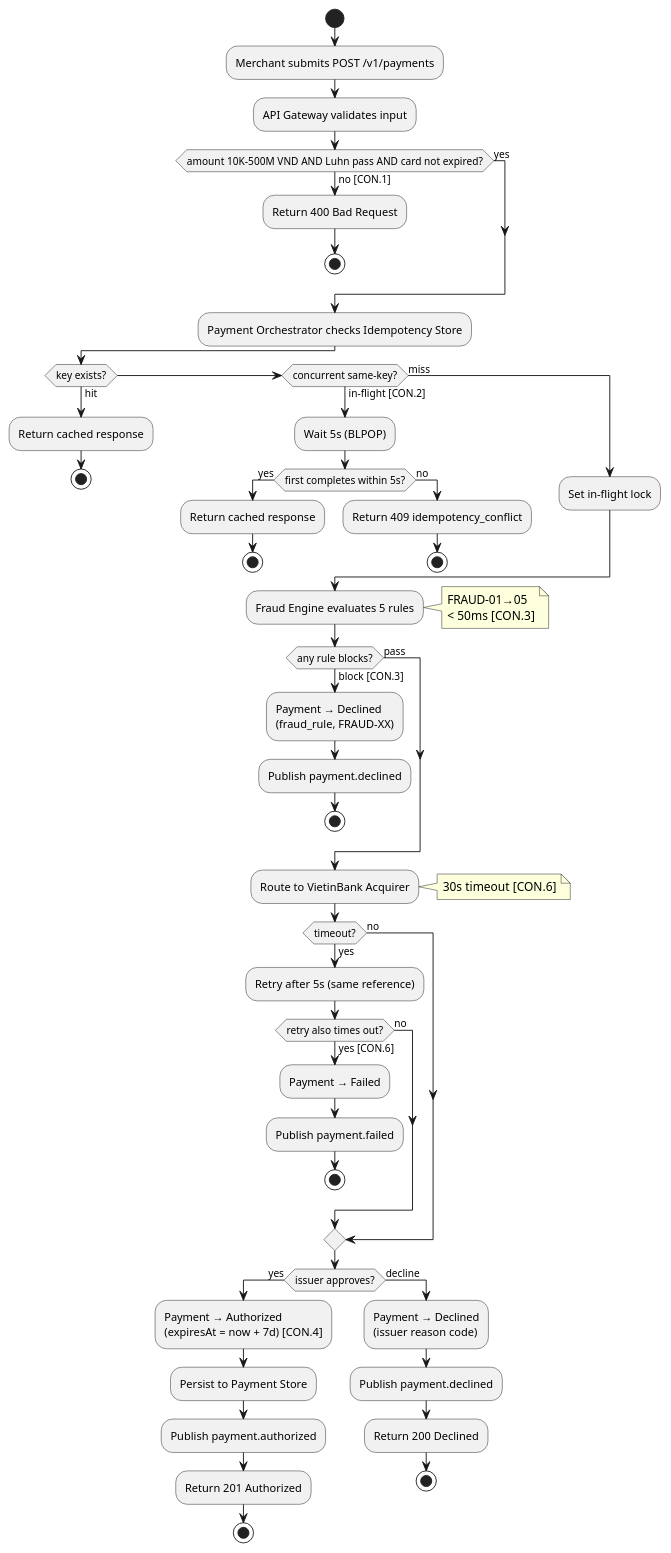
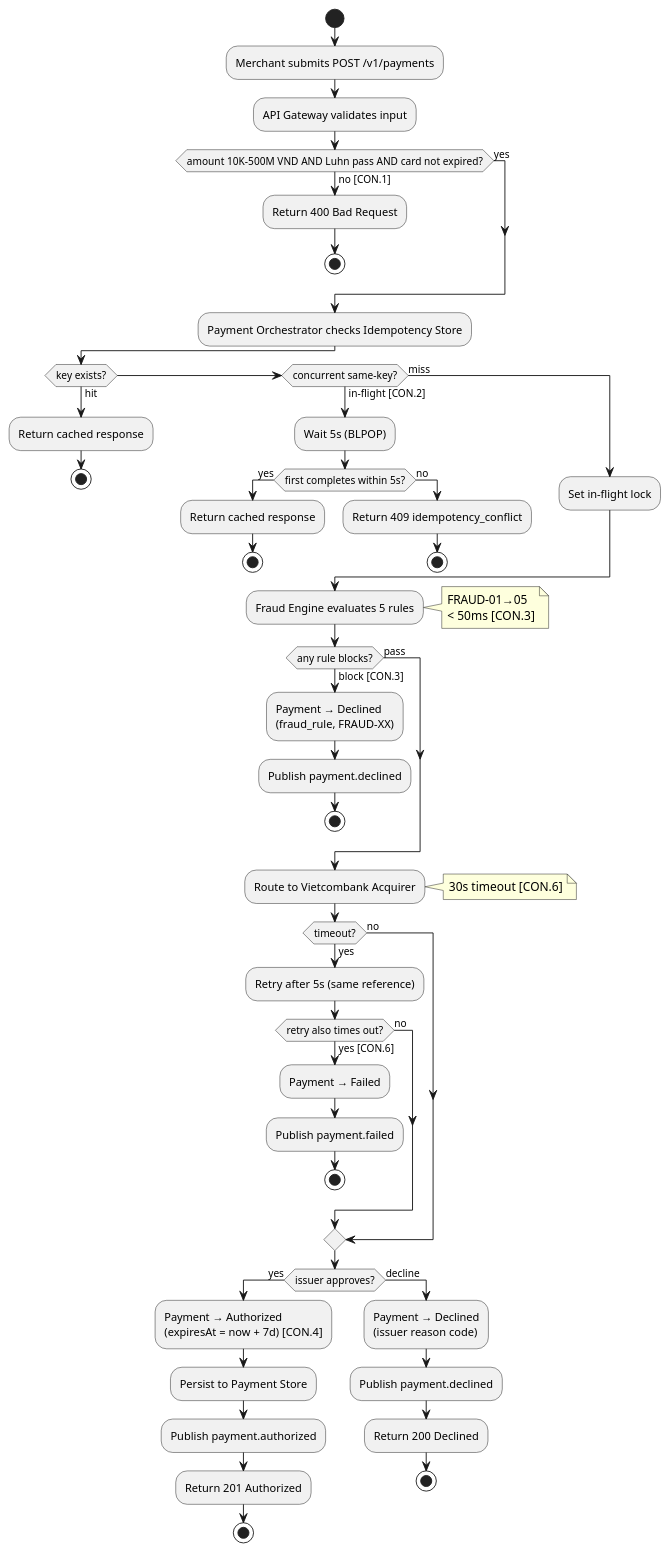
The fourth of 5 diagrams in Lb/Lab5-UML-LowLevel.md (manhtienptit/team3), drawn with PlantUML before and after one commit. The commit also changed other lines of this file and 7 other files, not shown here.

````diff
--- a/Lb/Lab5-UML-LowLevel.md
+++ b/Lb/Lab5-UML-LowLevel.md
@@ -323,69 +323,69 @@
 ```plantuml
 @startuml
 start
 
 :Merchant submits POST /v1/payments;
 
 :API Gateway validates input;
 if (amount 10K–500M VND AND Luhn pass AND card not expired?) then (yes)
 else (no [CON.1])
   :Return 400 Bad Request;
   stop
 endif
 
 :Payment Orchestrator checks Idempotency Store;
 if (key exists?) then (hit)
   :Return cached response;
   stop
 elseif (concurrent same-key?) then (in-flight [CON.2])
   :Wait 5s (BLPOP);
   if (first completes within 5s?) then (yes)
     :Return cached response;
     stop
   else (no)
     :Return 409 idempotency_conflict;
     stop
   endif
 else (miss)
   :Set in-flight lock;
 endif
 
 :Fraud Engine evaluates 5 rules;
 note right: FRAUD-01→05\n< 50ms [CON.3]
 
 if (any rule blocks?) then (block [CON.3])
   :Payment → Declined\n(fraud_rule, FRAUD-XX);
   :Publish payment.declined;
   stop
 else (pass)
 endif
 
-:Route to VietinBank Acquirer;
+:Route to Vietcombank Acquirer;
 note right: 30s timeout [CON.6]
 
 if (timeout?) then (yes)
   :Retry after 5s (same reference);
   if (retry also times out?) then (yes [CON.6])
     :Payment → Failed;
     :Publish payment.failed;
     stop
   else (no)
   endif
 else (no)
 endif
 
 if (issuer approves?) then (yes)
   :Payment → Authorized\n(expiresAt = now + 7d) [CON.4];
   :Persist to Payment Store;
   :Publish payment.authorized;
   :Return 201 Authorized;
   stop
 else (decline)
   :Payment → Declined\n(issuer reason code);
   :Publish payment.declined;
   :Return 200 Declined;
   stop
 endif
 
 @enduml
 ```
````
